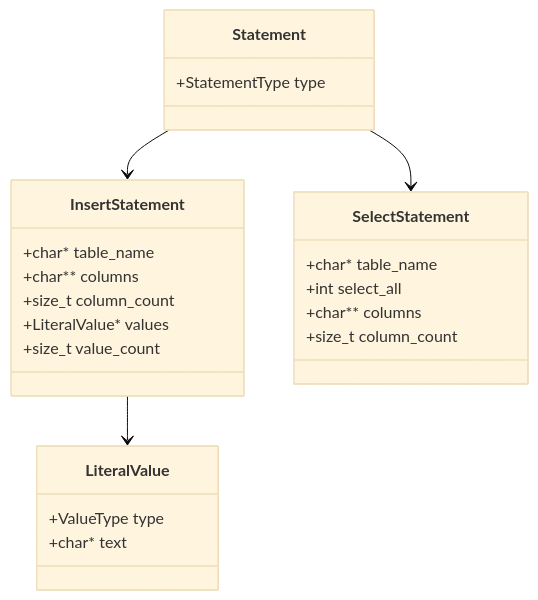
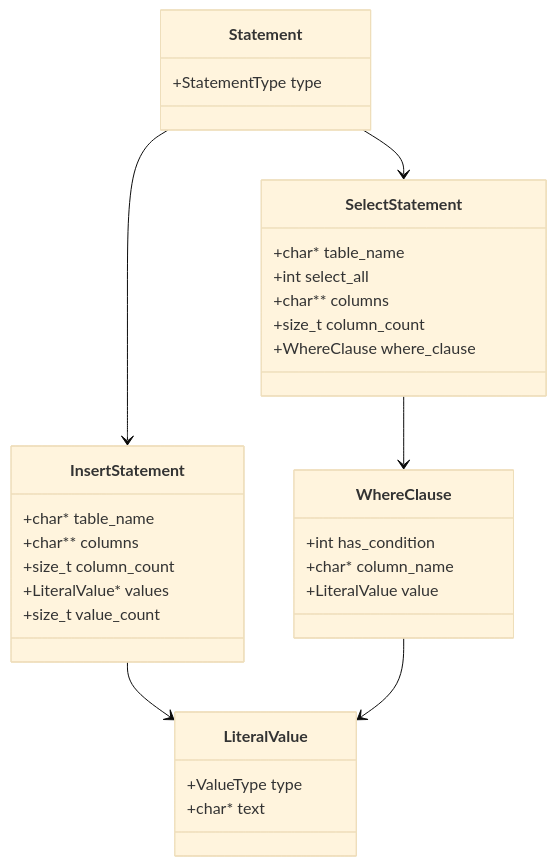
The tenth of 14 diagrams in README.md (whiskend/sql-parser-engine), drawn with Mermaid (base theme) before and after one commit. The commit also changed other lines of this file and 16 other files, not shown here.

Commit message:
feat: enhance SQL processor with where and multi-statement support

````diff
--- a/README.md
+++ b/README.md
@@ -254,30 +258,39 @@
 ```mermaid
 classDiagram
     class Statement {
         +StatementType type
     }
 
     class InsertStatement {
         +char* table_name
         +char** columns
         +size_t column_count
         +LiteralValue* values
         +size_t value_count
     }
 
     class SelectStatement {
         +char* table_name
         +int select_all
         +char** columns
         +size_t column_count
+        +WhereClause where_clause
+    }
+
+    class WhereClause {
+        +int has_condition
+        +char* column_name
+        +LiteralValue value
     }
 
     class LiteralValue {
         +ValueType type
         +char* text
     }
 
     Statement --> InsertStatement
     Statement --> SelectStatement
     InsertStatement --> LiteralValue
+    SelectStatement --> WhereClause
+    WhereClause --> LiteralValue
 ```
````
